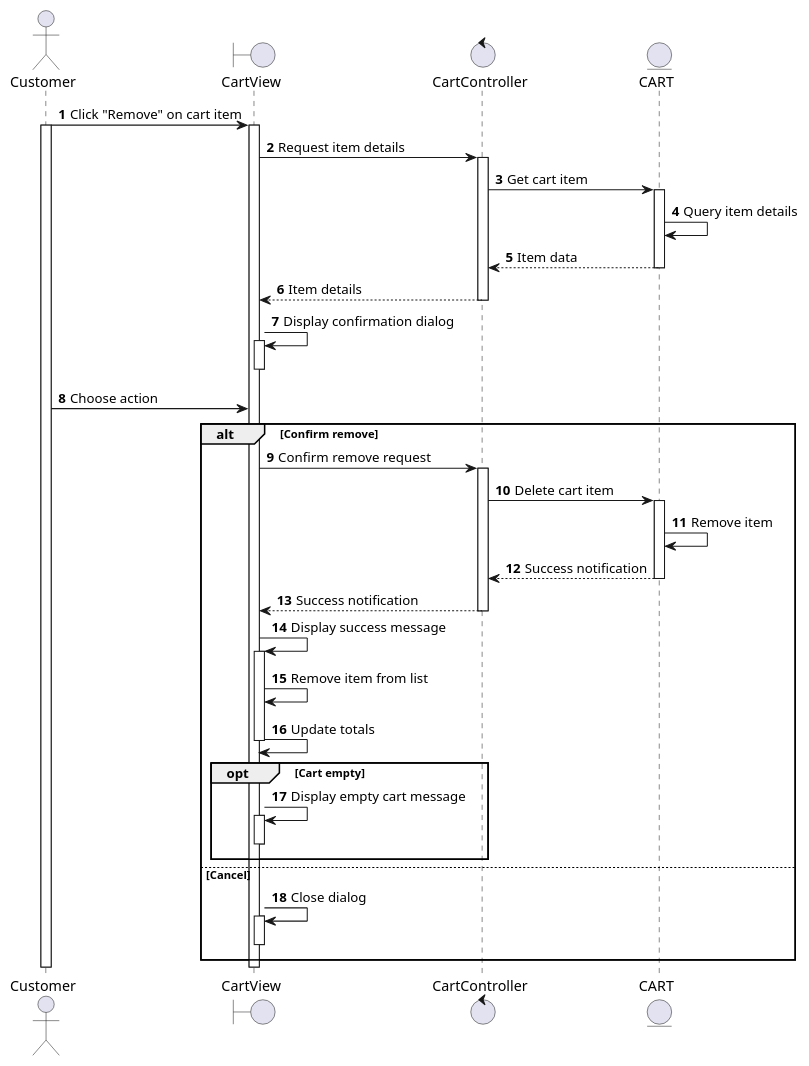
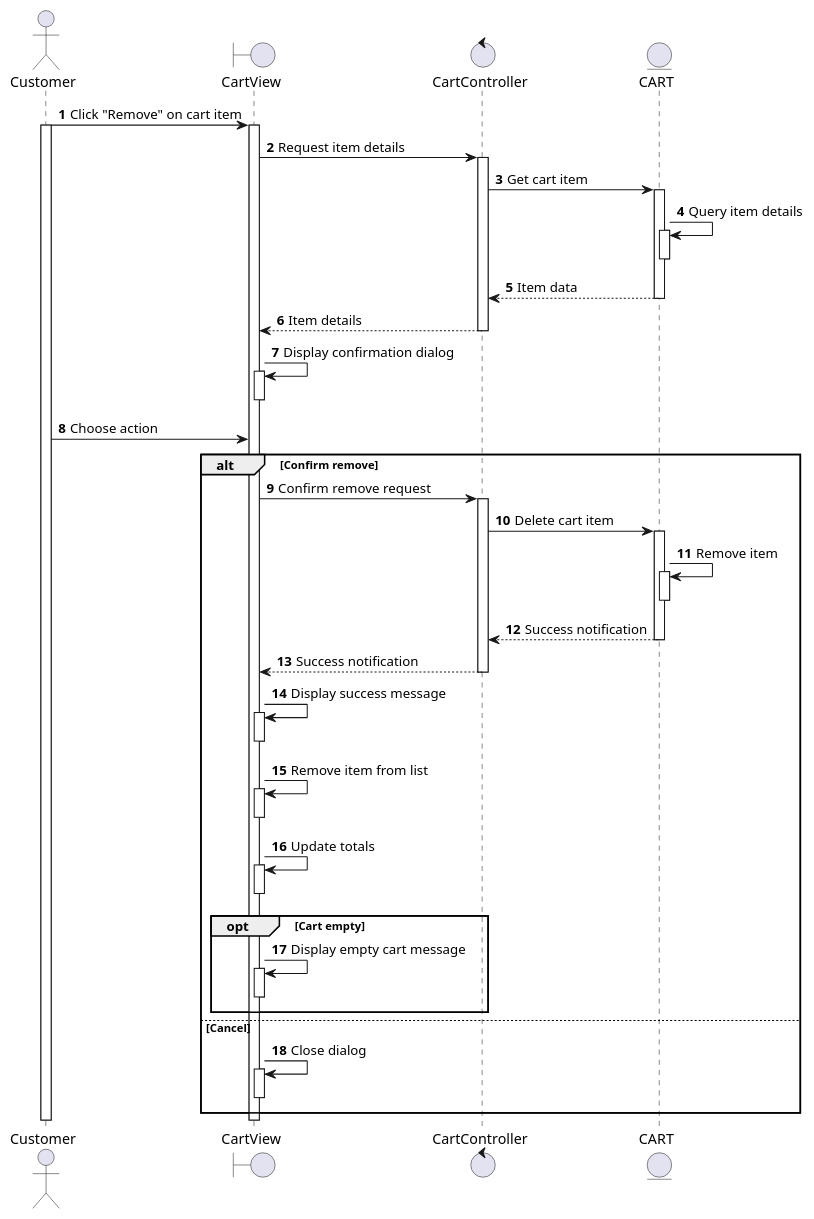
Before and after one commit to se113-wm/se113-wm.github.io: the diagram in docs/docs/sequence/adjust-cart/remove-trip-to-cart.md, drawn with PlantUML. The commit also changed 37 other files, not shown here.

First line of the commit message:
Refactor sequence diagrams for booking and trip management

````diff
--- a/docs/docs/sequence/adjust-cart/remove-trip-to-cart.md
+++ b/docs/docs/sequence/adjust-cart/remove-trip-to-cart.md
@@ -3,59 +3,67 @@
 ```plantuml
 @startuml
 autonumber
 
 actor Customer as C
 boundary CartView as CV
 control CartController as CC
 entity CART as CA
 
 C -> CV: Click "Remove" on cart item
 activate C
 activate CV
 CV -> CC: Request item details
 activate CC
 CC -> CA: Get cart item
 activate CA
 CA -> CA: Query item details
+activate CA
+deactivate CA
 CC <-- CA: Item data
 deactivate CA
 CV <-- CC: Item details
 deactivate CC
 CV -> CV: Display confirmation dialog
 activate CV
 deactivate CV
 
 C -> CV: Choose action
 
 alt Confirm remove
   CV -> CC: Confirm remove request
   activate CC
   CC -> CA: Delete cart item
   activate CA
   CA -> CA: Remove item
+  activate CA
+  deactivate CA
   CC <-- CA: Success notification
   deactivate CA
   CV <-- CC: Success notification
   deactivate CC
   CV -> CV: Display success message
   activate CV
+  deactivate CV
   CV -> CV: Remove item from list
+  activate CV
+  deactivate CV
   CV -> CV: Update totals
+  activate CV
   deactivate CV
 
   opt Cart empty
     CV -> CV: Display empty cart message
     activate CV
     deactivate CV
   end
 else Cancel
   CV -> CV: Close dialog
   activate CV
   deactivate CV
 end
 
 deactivate CV
 deactivate C
 
 @enduml
 ```
````
